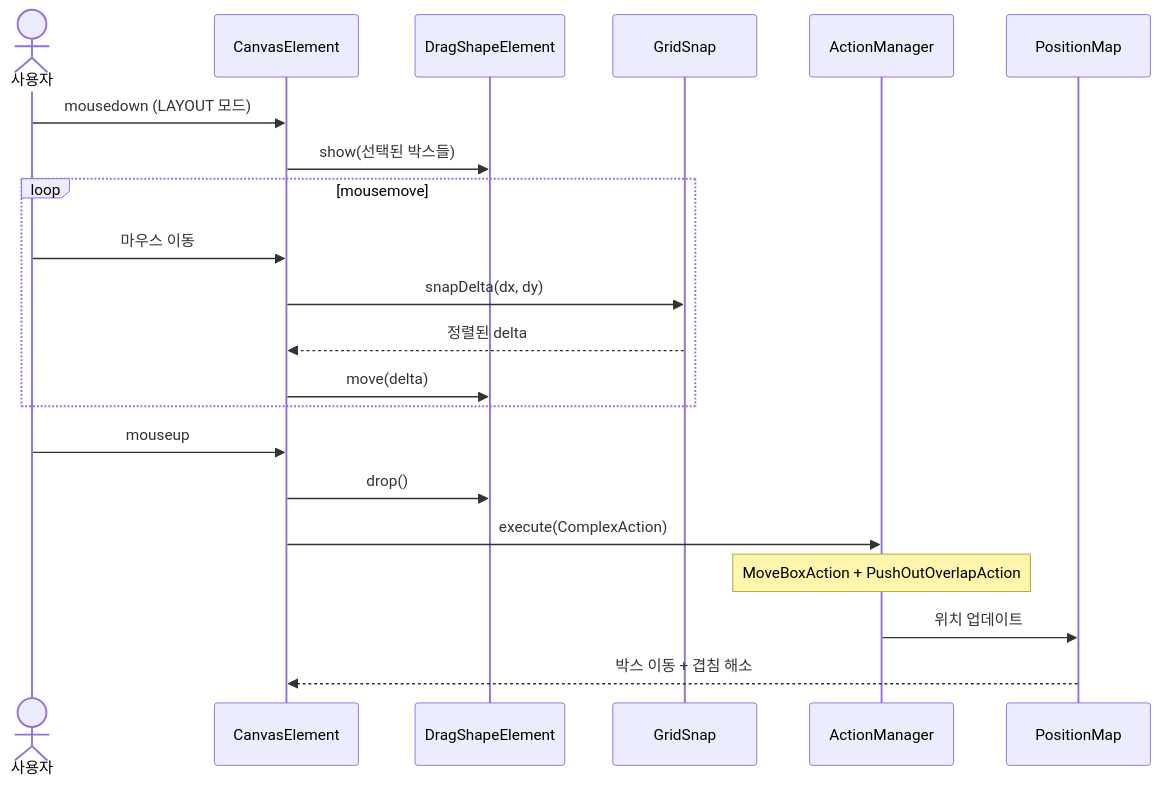
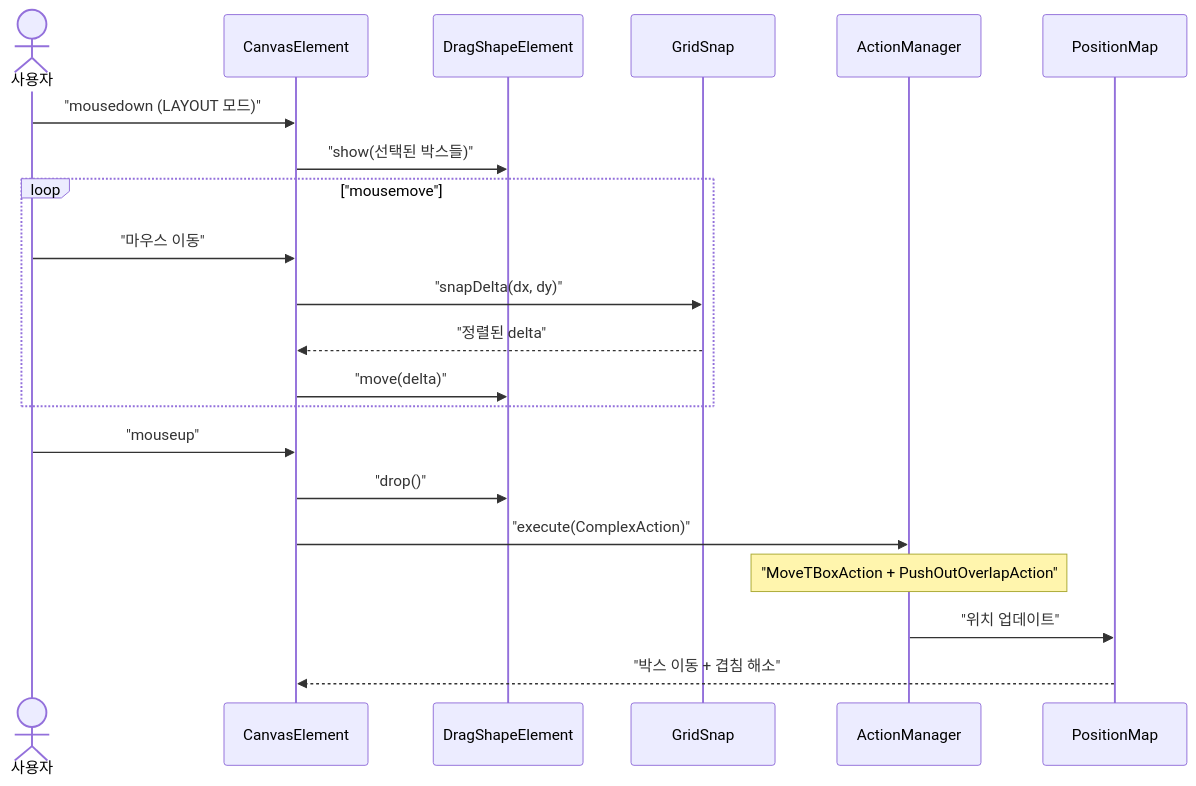
Before and after one commit to sayaya1090/handbook: the third of 13 diagrams in type-ui/USECASE.md, drawn with Mermaid. The commit also changed other lines of this file and 22 other files, not shown here.

First line of the commit message:
docs: Mermaid 다이어그램 렌더링 오류 수정을 위한 구문 전수 교정

````diff
--- a/type-ui/USECASE.md
+++ b/type-ui/USECASE.md
@@ -63,24 +63,24 @@
 ```mermaid
 sequenceDiagram
     actor User as 사용자
     participant Canvas as CanvasElement
     participant Drag as DragShapeElement
     participant Snap as GridSnap
     participant AM as ActionManager
     participant PM as PositionMap
 
-    User->>Canvas: mousedown (LAYOUT 모드)
-    Canvas->>Drag: show(선택된 박스들)
-    loop mousemove
-        User->>Canvas: 마우스 이동
-        Canvas->>Snap: snapDelta(dx, dy)
-        Snap-->>Canvas: 정렬된 delta
-        Canvas->>Drag: move(delta)
+    User->>Canvas: "mousedown (LAYOUT 모드)"
+    Canvas->>Drag: "show(선택된 박스들)"
+    loop "mousemove"
+        User->>Canvas: "마우스 이동"
+        Canvas->>Snap: "snapDelta(dx, dy)"
+        Snap-->>Canvas: "정렬된 delta"
+        Canvas->>Drag: "move(delta)"
     end
-    User->>Canvas: mouseup
-    Canvas->>Drag: drop()
-    Canvas->>AM: execute(ComplexAction)
-    Note over AM: MoveBoxAction + PushOutOverlapAction
-    AM->>PM: 위치 업데이트
-    PM-->>Canvas: 박스 이동 + 겹침 해소
+    User->>Canvas: "mouseup"
+    Canvas->>Drag: "drop()"
+    Canvas->>AM: "execute(ComplexAction)"
+    Note over AM: "MoveTBoxAction + PushOutOverlapAction"
+    AM->>PM: "위치 업데이트"
+    PM-->>Canvas: "박스 이동 + 겹침 해소"
 ```
````
